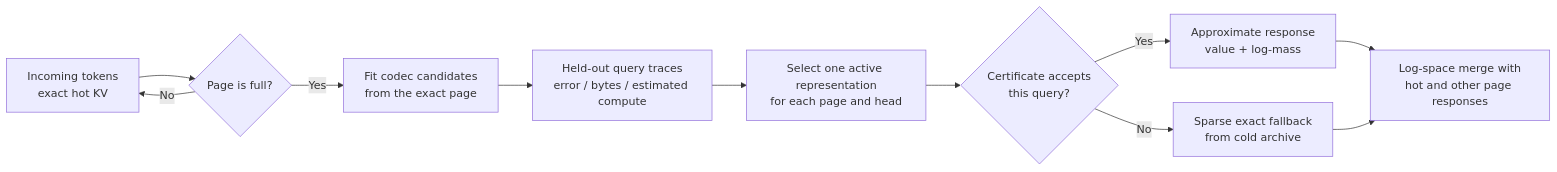
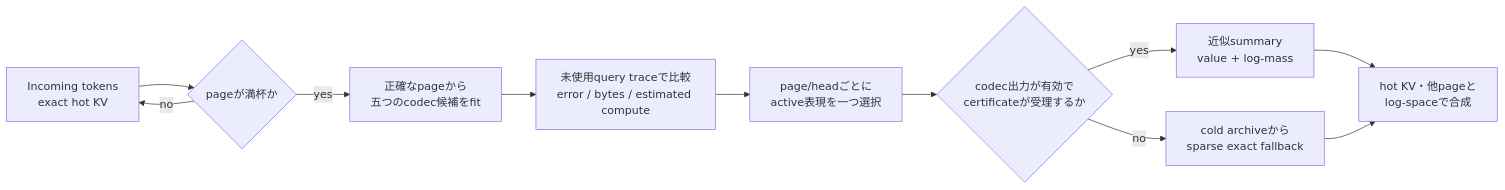
The second of 2 diagrams in README.md (dj-thank/FOCUS-Fabric), drawn with Mermaid before and after one commit. The commit also changed other lines of this file, not shown here.

````diff
--- a/README.md
+++ b/README.md
@@ -58,13 +52,13 @@
 ```mermaid
 flowchart LR
-    A["Incoming tokens<br/>exact hot KV"] --> B{"Page is full?"}
-    B -- "No" --> A
-    B -- "Yes" --> C["Fit codec candidates<br/>from the exact page"]
-    C --> D["Held-out query traces<br/>error / bytes / estimated compute"]
-    D --> E["Select one active representation<br/>for each page and head"]
-    E --> F{"Certificate accepts<br/>this query?"}
-    F -- "Yes" --> G["Approximate response<br/>value + log-mass"]
-    F -- "No" --> H["Sparse exact fallback<br/>from cold archive"]
-    G --> I["Log-space merge with<br/>hot and other page responses"]
+    A["Incoming tokens<br/>exact hot KV"] --> B{"pageが満杯か"}
+    B -- "no" --> A
+    B -- "yes" --> C["正確なpageから<br/>五つのcodec候補をfit"]
+    C --> D["未使用query traceで比較<br/>error / bytes / estimated compute"]
+    D --> E["page/headごとに<br/>active表現を一つ選択"]
+    E --> F{"codec出力が有効で<br/>certificateが受理するか"}
+    F -- "yes" --> G["近似summary<br/>value + log-mass"]
+    F -- "no" --> H["cold archiveから<br/>sparse exact fallback"]
+    G --> I["hot KV・他pageと<br/>log-spaceで合成"]
     H --> I
 ```
````
